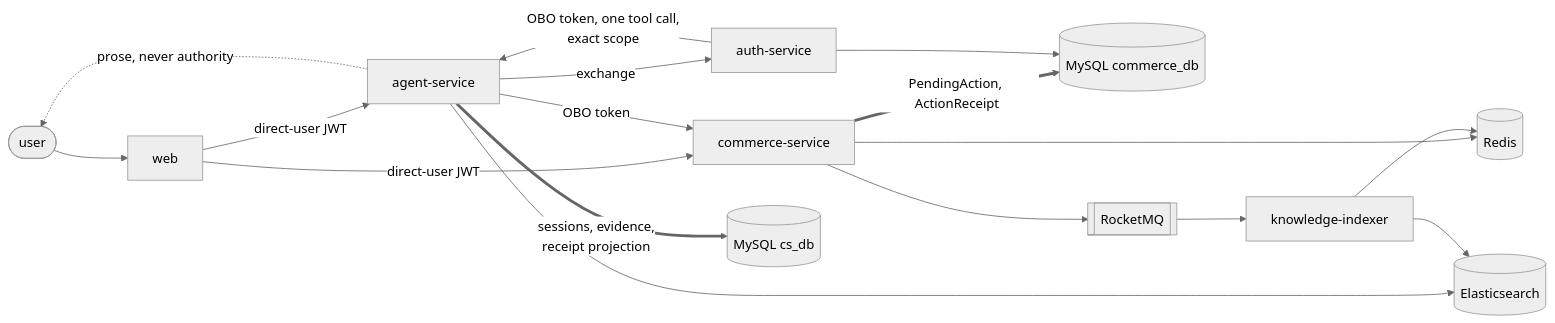
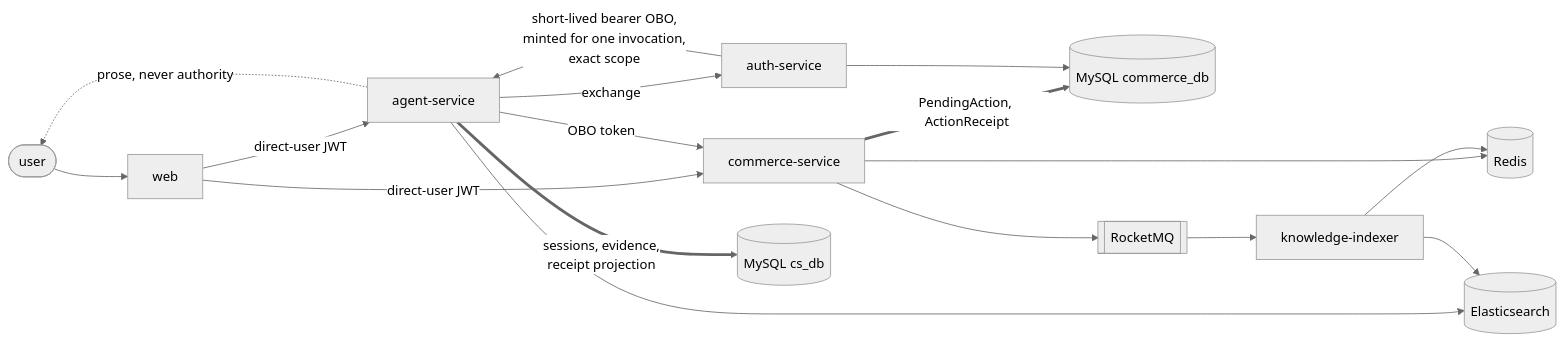
The diagram in README.md (ChanTso/citybuddy), drawn with Mermaid (neutral theme) before and after one commit. The commit also changed other lines of this file and 7 other files, not shown here.

````diff
--- a/README.md
+++ b/README.md
@@ -19,19 +19,19 @@
 ```mermaid
 flowchart LR
     U([user]) --> W[web]
     W -->|direct-user JWT| A[agent-service]
     W -->|direct-user JWT| C[commerce-service]
     A -->|exchange| AU[auth-service]
-    AU -->|OBO token, one tool call,<br/>exact scope| A
+    AU -->|short-lived bearer OBO,<br/>minted for one invocation,<br/>exact scope| A
     A -->|OBO token| C
     A -.->|prose, never authority| U
     C ==>|PendingAction, ActionReceipt| M[(MySQL commerce_db)]
     A ==>|sessions, evidence,<br/>receipt projection| S[(MySQL cs_db)]
     AU --> M
     A --> E[(Elasticsearch)]
     C --> R[(Redis)]
     K[knowledge-indexer] --> E
     K --> R
     C --> Q[[RocketMQ]]
     Q --> K
 ```
````
